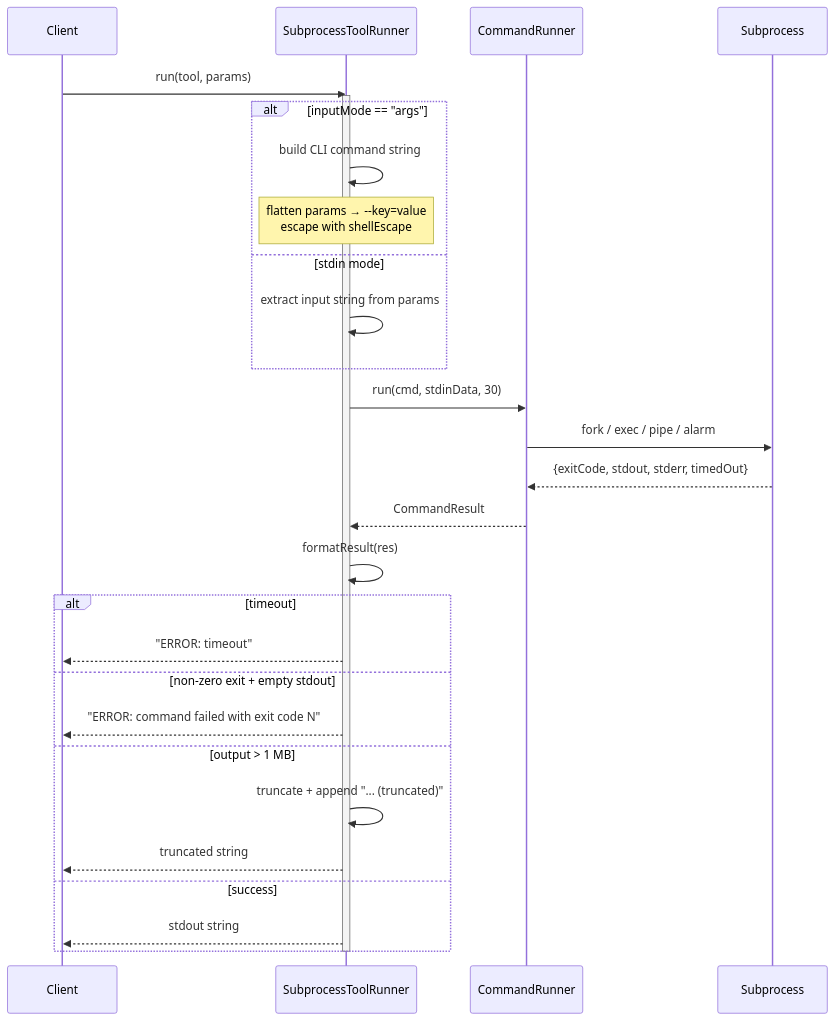
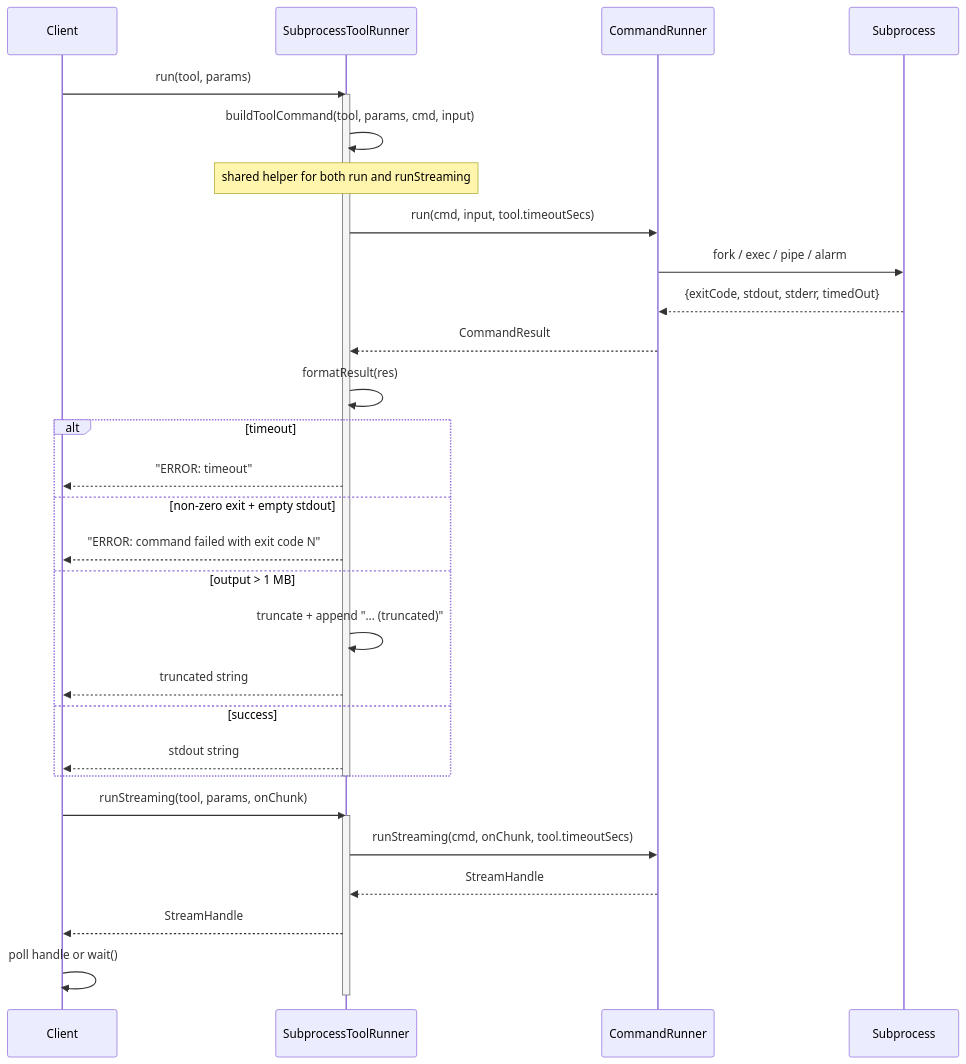
The second of 2 diagrams in src/tool_runner.spec.md (opensassi/a0), drawn with Mermaid before and after one commit. The commit also changed other lines of this file and 28 other files, not shown here.

````diff
--- a/src/tool_runner.spec.md
+++ b/src/tool_runner.spec.md
@@ -51,36 +59,40 @@
 ```mermaid
 sequenceDiagram
     participant Client
     participant STR as SubprocessToolRunner
     participant CR as CommandRunner
     participant OS as Subprocess
 
     Client->>STR: run(tool, params)
     activate STR
 
-    alt inputMode == "args"
-        STR->>STR: build CLI command string
-        Note over STR: flatten params → --key=value<br/>escape with shellEscape
-    else stdin mode
-        STR->>STR: extract input string from params
-    end
+    STR->>STR: buildToolCommand(tool, params, cmd, input)
+    Note over STR: shared helper for both run and runStreaming
 
-    STR->>CR: run(cmd, stdinData, 30)
+    STR->>CR: run(cmd, input, tool.timeoutSecs)
     CR->>OS: fork / exec / pipe / alarm
     OS-->>CR: {exitCode, stdout, stderr, timedOut}
     CR-->>STR: CommandResult
     STR->>STR: formatResult(res)
 
     alt timeout
         STR-->>Client: "ERROR: timeout"
     else non-zero exit + empty stdout
         STR-->>Client: "ERROR: command failed with exit code N"
     else output > 1 MB
         STR->>STR: truncate + append "... (truncated)"
         STR-->>Client: truncated string
     else success
         STR-->>Client: stdout string
     end
 
     deactivate STR
+
+    Client->>STR: runStreaming(tool, params, onChunk)
+    activate STR
+    STR->>CR: runStreaming(cmd, onChunk, tool.timeoutSecs)
+    CR-->>STR: StreamHandle
+    STR-->>Client: StreamHandle
+    Client->>Client: poll handle or wait()
+    deactivate STR
 ```
````
